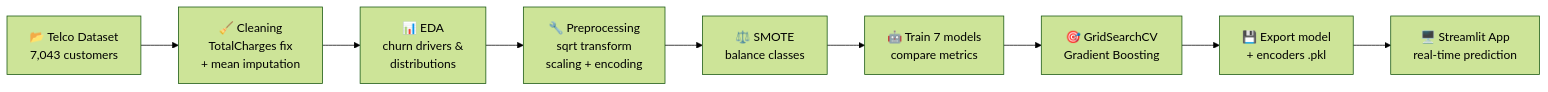
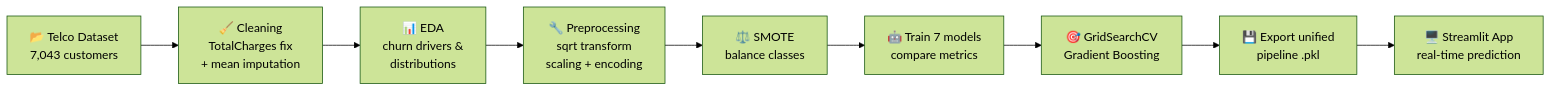
Before and after one commit to vishalgupta-git/telco-customer-churn-prediction: the diagram in README.md, drawn with Mermaid (forest theme). The commit also changed other lines of this file and 6 other files, not shown here.

First line of the commit message:
Fix preprocessing mismatch: replace model + encoders with unified sklearn pipeline

````diff
--- a/README.md
+++ b/README.md
@@ -38,11 +38,11 @@
 ```mermaid
 flowchart LR
     A[📂 Telco Dataset<br/>7,043 customers] --> B[🧹 Cleaning<br/>TotalCharges fix<br/>+ mean imputation]
     B --> C[📊 EDA<br/>churn drivers &<br/>distributions]
     C --> D[🔧 Preprocessing<br/>sqrt transform<br/>scaling + encoding]
     D --> E[⚖️ SMOTE<br/>balance classes]
     E --> F[🤖 Train 7 models<br/>compare metrics]
     F --> G[🎯 GridSearchCV<br/>Gradient Boosting]
-    G --> H[💾 Export model<br/>+ encoders .pkl]
+    G --> H[💾 Export unified<br/>pipeline .pkl]
     H --> I[🖥️ Streamlit App<br/>real-time prediction]
 ```
````
